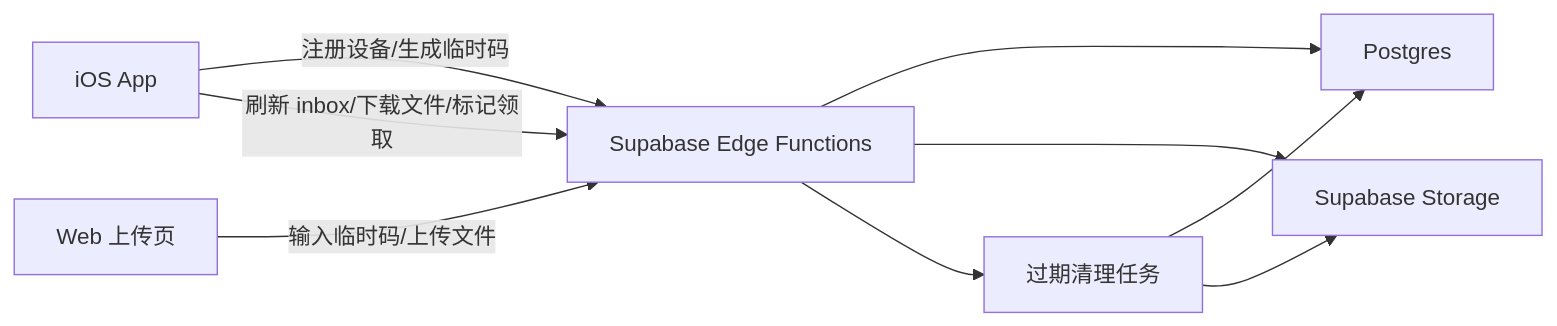
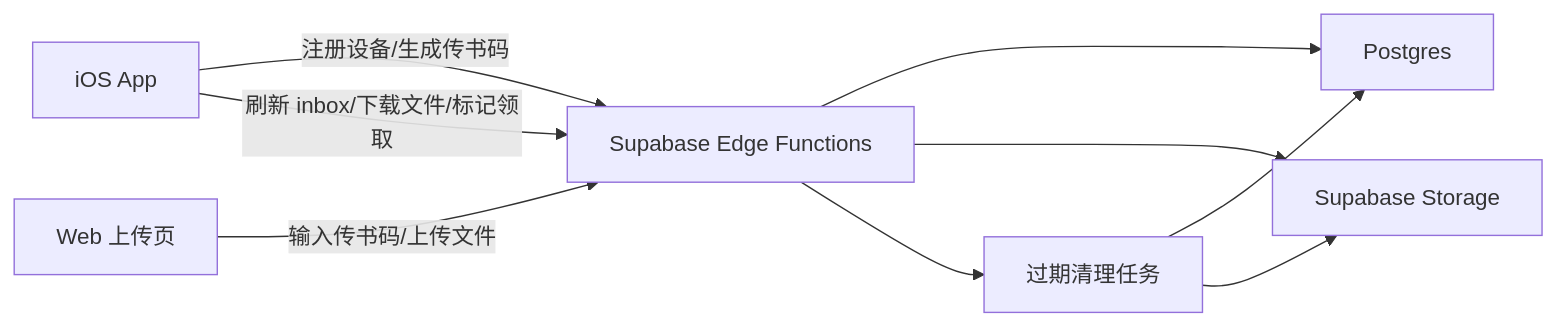
One commit to swindcn/simplereader changed the diagram in docs/superpowers/specs/2026-07-22-web-transfer-design.md. Above: the diagram before and after it, drawn with Mermaid. The commit also changed other lines of this file and 79 other files, not shown here.

````diff
--- a/docs/superpowers/specs/2026-07-22-web-transfer-design.md
+++ b/docs/superpowers/specs/2026-07-22-web-transfer-design.md
@@ -60,11 +60,11 @@
 ```mermaid
 flowchart LR
-    App["iOS App"] -->|"注册设备/生成临时码"| Functions["Supabase Edge Functions"]
-    Web["Web 上传页"] -->|"输入临时码/上传文件"| Functions
+    App["iOS App"] -->|"注册设备/生成传书码"| Functions["Supabase Edge Functions"]
+    Web["Web 上传页"] -->|"输入传书码/上传文件"| Functions
     Functions --> DB["Postgres"]
     Functions --> Storage["Supabase Storage"]
     App -->|"刷新 inbox/下载文件/标记领取"| Functions
     Functions --> Cleanup["过期清理任务"]
     Cleanup --> DB
     Cleanup --> Storage
 ```
````
